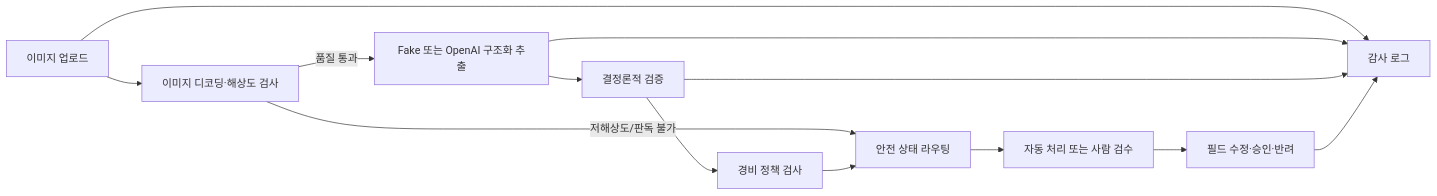
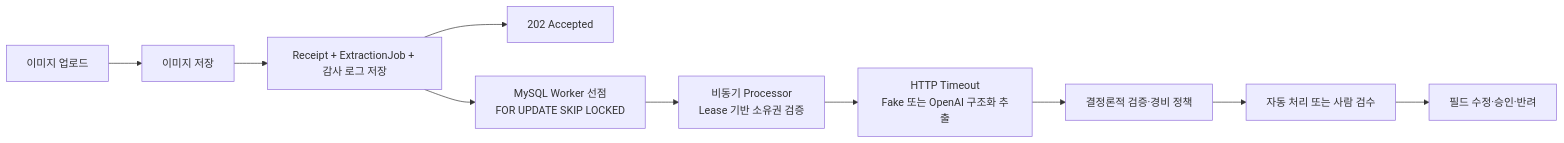
Before and after one commit to firsttimeman/receipt-expense-review: the diagram in README.md, drawn with Mermaid. The commit also changed other lines of this file and 51 other files, not shown here.

````diff
--- a/README.md
+++ b/README.md
@@ -47,15 +49,12 @@
 ```mermaid
 flowchart LR
-    A["이미지 업로드"] --> B["이미지 디코딩·해상도 검사"]
-    B -->|"품질 통과"| C["Fake 또는 OpenAI 구조화 추출"]
-    B -->|"저해상도/판독 불가"| F["안전 상태 라우팅"]
-    C --> D["결정론적 검증"]
-    D --> E["경비 정책 검사"]
-    E --> F
-    F --> G["자동 처리 또는 사람 검수"]
-    G --> H["필드 수정·승인·반려"]
-    A --> I["감사 로그"]
-    C --> I
-    D --> I
-    H --> I
+    A["이미지 업로드"] --> B["이미지 저장"]
+    B --> C["Receipt + ExtractionJob + 감사 로그 저장"]
+    C --> D["202 Accepted"]
+    C --> E["MySQL Worker 선점<br/>FOR UPDATE SKIP LOCKED"]
+    E --> F["비동기 Processor<br/>Lease 기반 소유권 검증"]
+    F --> G["HTTP Timeout<br/>Fake 또는 OpenAI 구조화 추출"]
+    G --> H["결정론적 검증·경비 정책"]
+    H --> I["자동 처리 또는 사람 검수"]
+    I --> J["필드 수정·승인·반려"]
 ```
````
